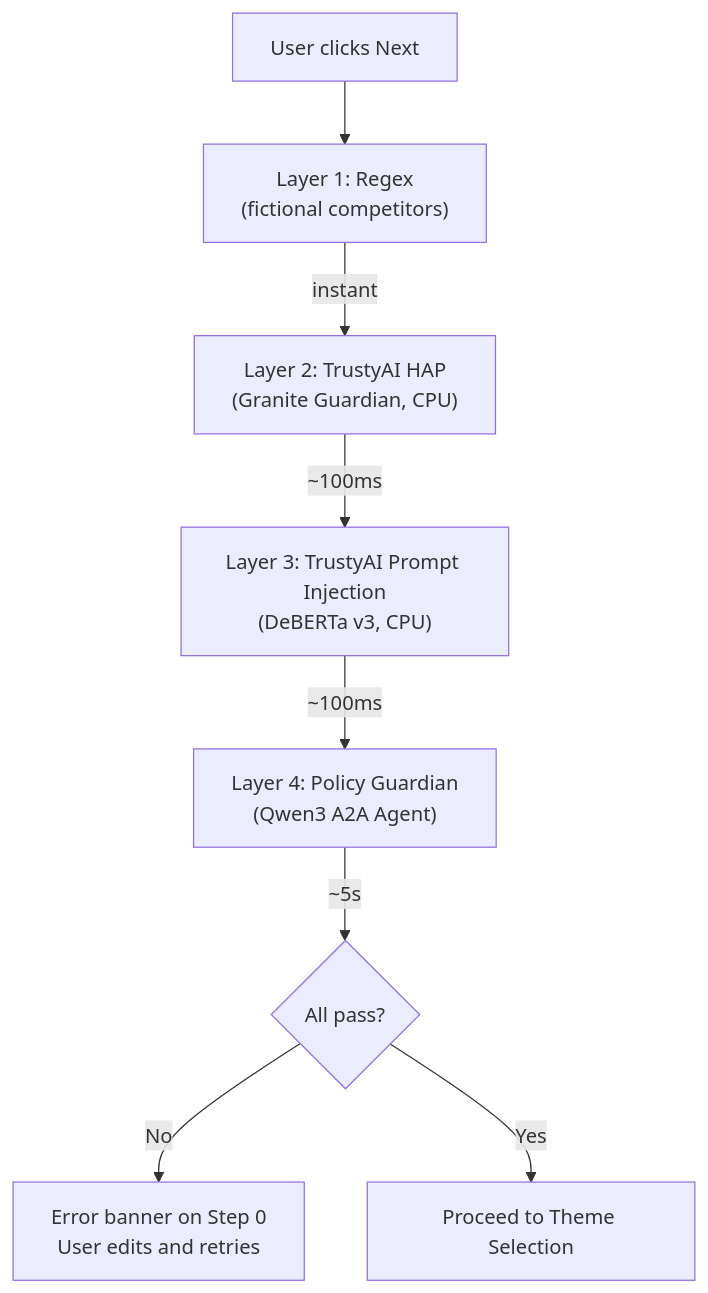
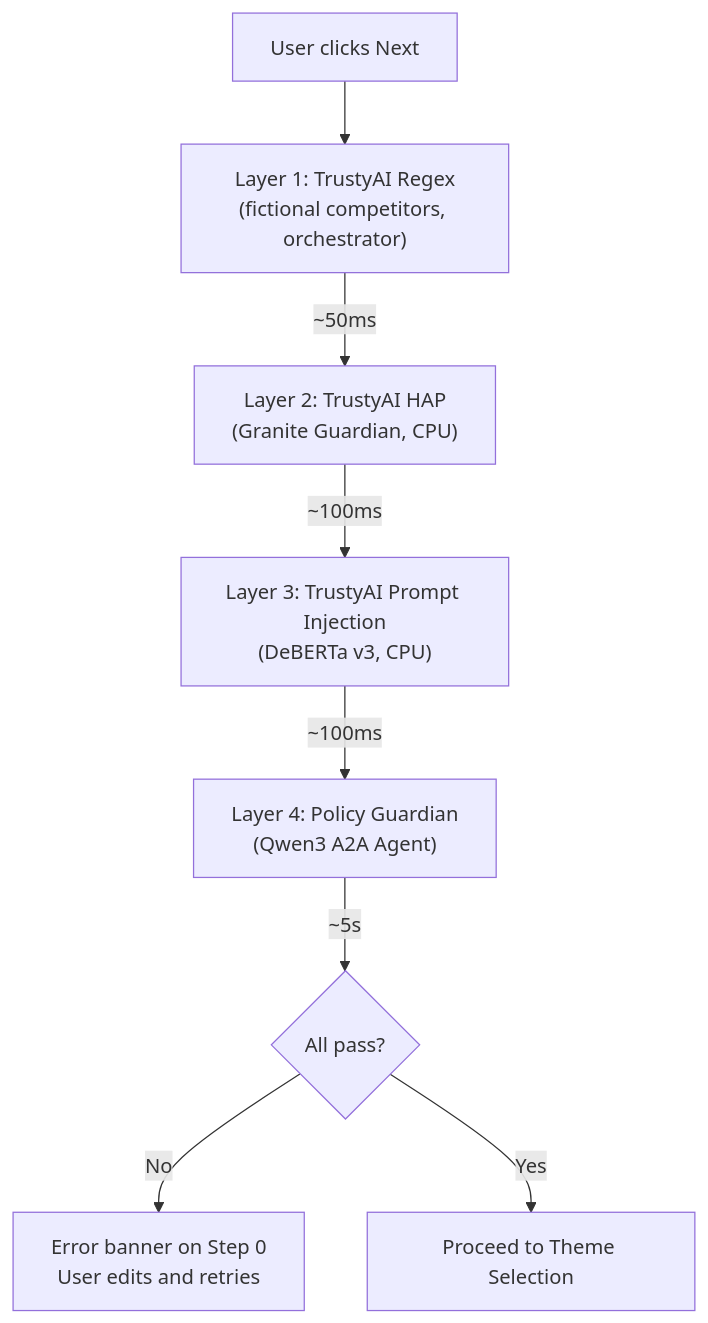
Before and after one commit to gymnatics/Marketing-Assistant-Demo: diagram 19 of 22 in ARCHITECTURE.md, drawn with Mermaid. The commit also changed other lines of this file and 4 other files, not shown here.

First line of the commit message:
Route competitor regex guardrail through TrustyAI orchestrator

````diff
--- a/ARCHITECTURE.md
+++ b/ARCHITECTURE.md
@@ -954,10 +954,10 @@
 ```mermaid
 flowchart TD
-    User["User clicks Next"] --> Regex["Layer 1: Regex\n(fictional competitors)"]
-    Regex -->|instant| HAP["Layer 2: TrustyAI HAP\n(Granite Guardian, CPU)"]
+    User["User clicks Next"] --> Regex["Layer 1: TrustyAI Regex\n(fictional competitors, orchestrator)"]
+    Regex -->|"~50ms"| HAP["Layer 2: TrustyAI HAP\n(Granite Guardian, CPU)"]
     HAP -->|~100ms| PI["Layer 3: TrustyAI Prompt Injection\n(DeBERTa v3, CPU)"]
     PI -->|~100ms| Policy["Layer 4: Policy Guardian\n(Qwen3 A2A Agent)"]
     Policy -->|~5s| Decision{All pass?}
     Decision -->|No| Reject["Error banner on Step 0\nUser edits and retries"]
     Decision -->|Yes| Proceed["Proceed to Theme Selection"]
 ```
````
